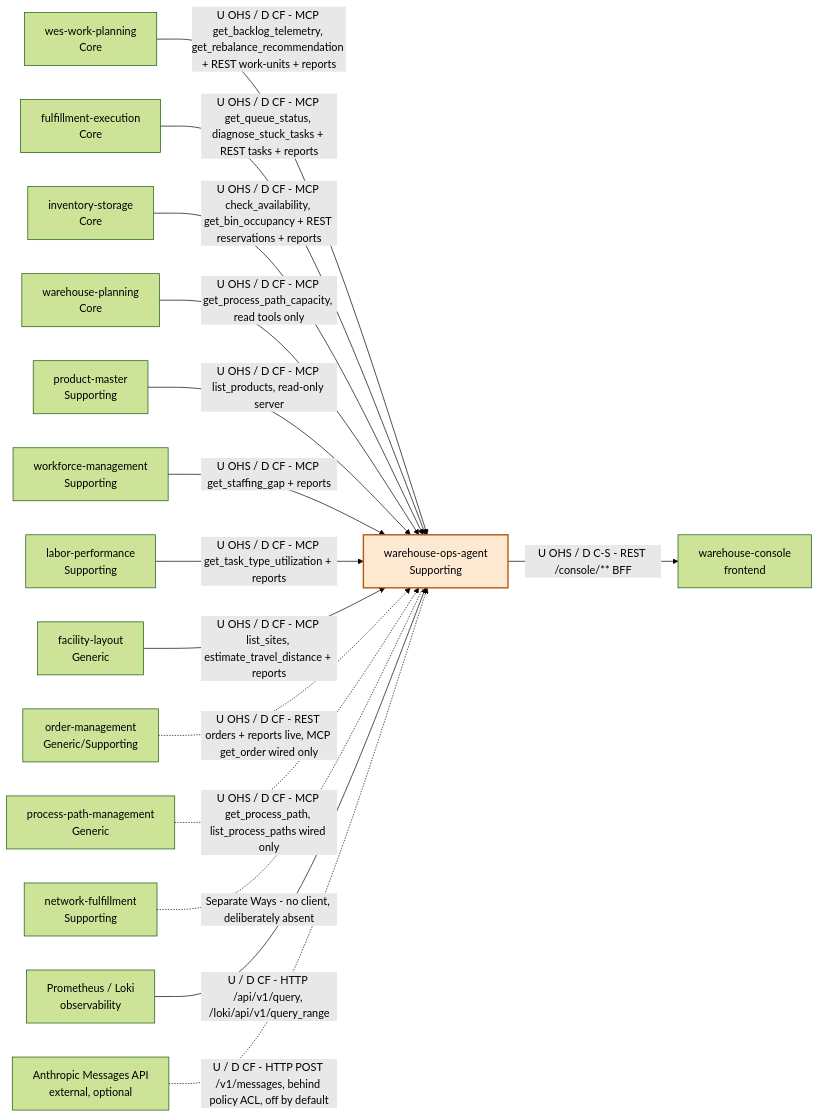
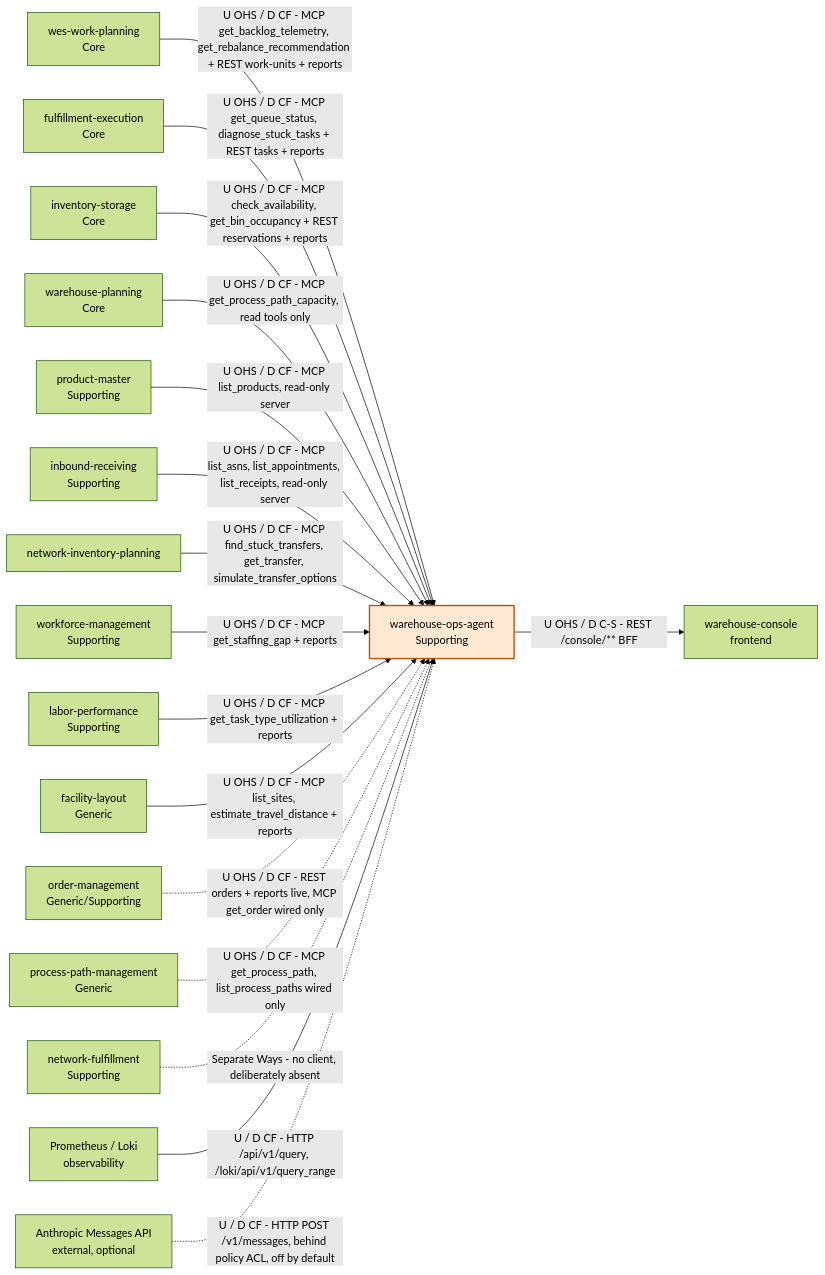
Before and after one commit to IQVO/warehouse-docs: the diagram in docs/contexts/warehouse-ops-agent/context-map.md, drawn with Mermaid (forest theme). The commit also changed other lines of this file and 119 other files, not shown here.

````diff
--- a/docs/contexts/warehouse-ops-agent/context-map.md
+++ b/docs/contexts/warehouse-ops-agent/context-map.md
@@ -57,35 +64,39 @@
 ```mermaid
 flowchart LR
     WOA["warehouse-ops-agent<br/>Supporting"]
     WP["wes-work-planning<br/>Core"]
     FE["fulfillment-execution<br/>Core"]
     IS["inventory-storage<br/>Core"]
     WPL["warehouse-planning<br/>Core"]
     PM["product-master<br/>Supporting"]
+    IR["inbound-receiving<br/>Supporting"]
     WM["workforce-management<br/>Supporting"]
     LP["labor-performance<br/>Supporting"]
     FL["facility-layout<br/>Generic"]
     OM["order-management<br/>Generic/Supporting"]
     PPM["process-path-management<br/>Generic"]
     NF["network-fulfillment<br/>Supporting"]
+    NIP["network-inventory-planning"]
     WC["warehouse-console<br/>frontend"]
     OBS["Prometheus / Loki<br/>observability"]
     LLM["Anthropic Messages API<br/>external, optional"]
 
     WP -->|"U OHS / D CF - MCP get_backlog_telemetry, get_rebalance_recommendation + REST work-units + reports"| WOA
     FE -->|"U OHS / D CF - MCP get_queue_status, diagnose_stuck_tasks + REST tasks + reports"| WOA
     IS -->|"U OHS / D CF - MCP check_availability, get_bin_occupancy + REST reservations + reports"| WOA
     WPL -->|"U OHS / D CF - MCP get_process_path_capacity, read tools only"| WOA
     PM -->|"U OHS / D CF - MCP list_products, read-only server"| WOA
+    IR -->|"U OHS / D CF - MCP list_asns, list_appointments, list_receipts, read-only server"| WOA
+    NIP -->|"U OHS / D CF - MCP find_stuck_transfers, get_transfer, simulate_transfer_options"| WOA
     WM -->|"U OHS / D CF - MCP get_staffing_gap + reports"| WOA
     LP -->|"U OHS / D CF - MCP get_task_type_utilization + reports"| WOA
     FL -->|"U OHS / D CF - MCP list_sites, estimate_travel_distance + reports"| WOA
     OM -.->|"U OHS / D CF - REST orders + reports live, MCP get_order wired only"| WOA
     PPM -.->|"U OHS / D CF - MCP get_process_path, list_process_paths wired only"| WOA
     NF -.-|"Separate Ways - no client, deliberately absent"| WOA
     WOA -->|"U OHS / D C-S - REST /console/** BFF"| WC
     OBS -->|"U / D CF - HTTP /api/v1/query, /loki/api/v1/query_range"| WOA
     LLM -.->|"U / D CF - HTTP POST /v1/messages, behind policy ACL, off by default"| WOA
 
     style WOA fill:#fde9d2,stroke:#b45309,stroke-width:2px
 ```
````
